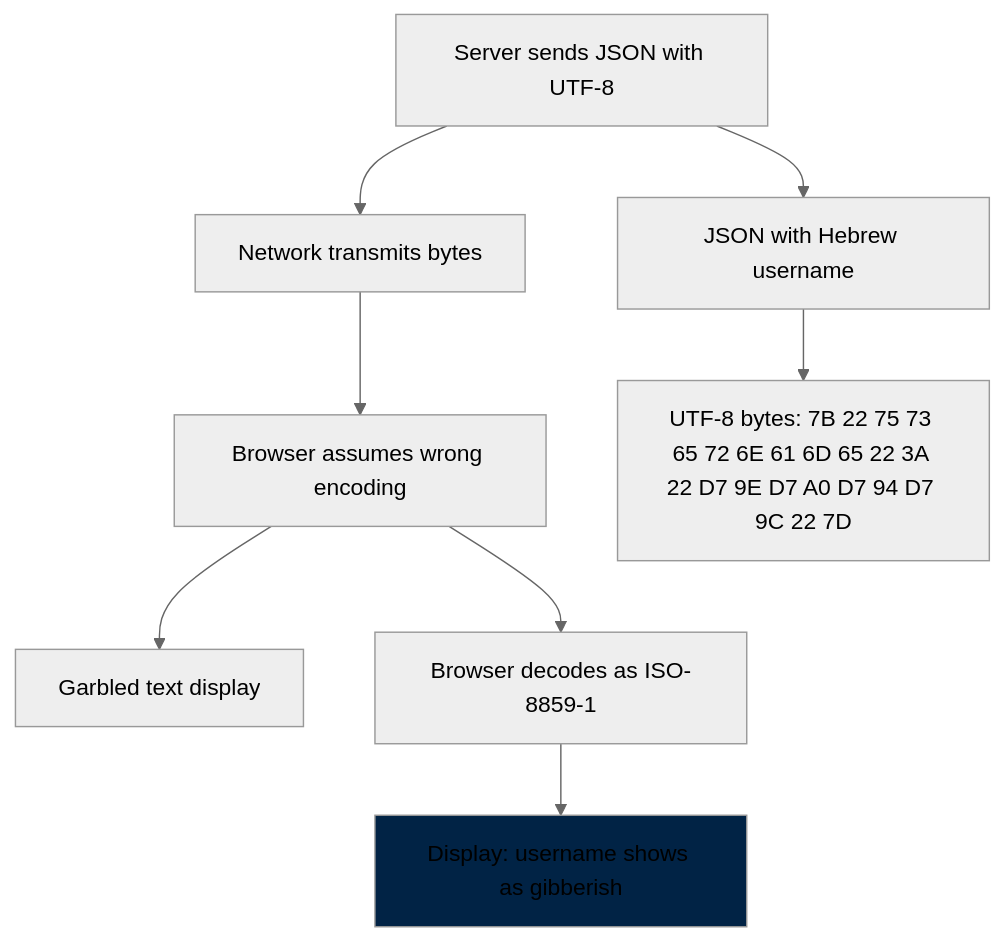
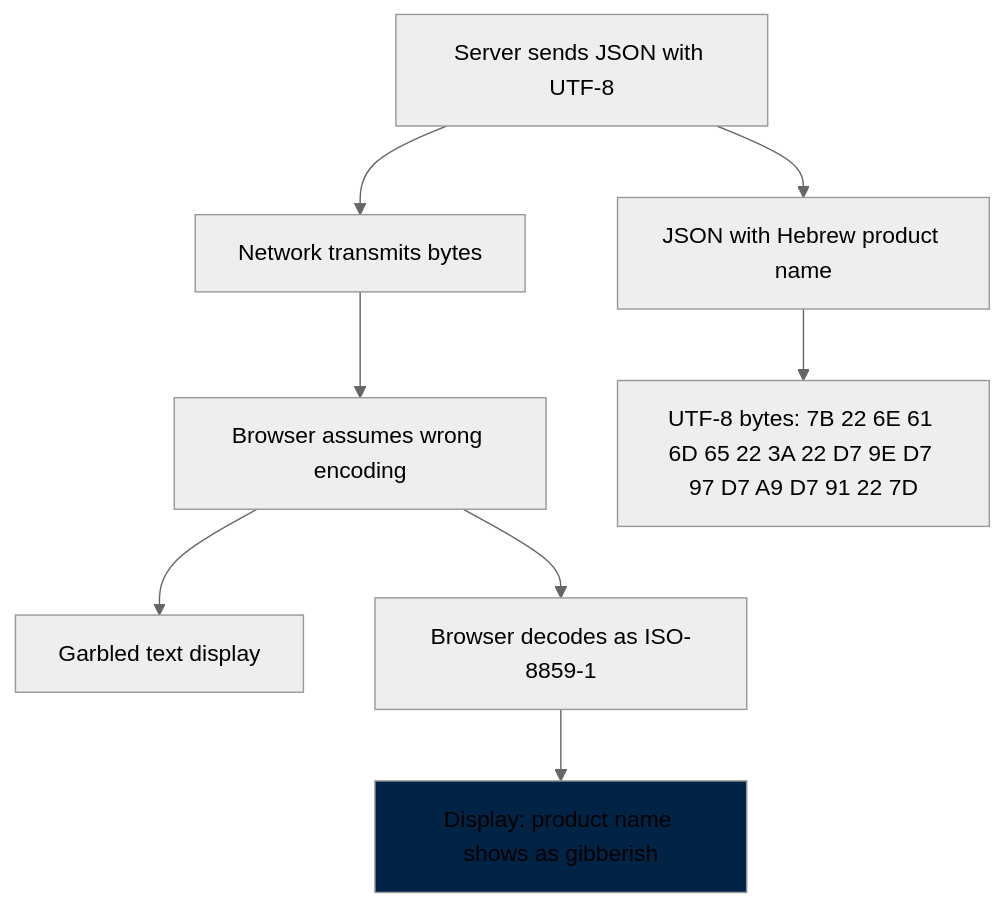
Before and after one commit to EliGuriel/Course_Meeting5: diagram 13 of 21 in מדריך מקיף - תקשורת רשת, HTTP ו-JSON.md, drawn with Mermaid (neutral theme). The commit also changed other lines of this file and 3 other files, not shown here.

````diff
--- a/מדריך מקיף - תקשורת רשת, HTTP ו-JSON.md
+++ b/מדריך מקיף - תקשורת רשת, HTTP ו-JSON.md
@@ -883,14 +928,14 @@
 ```mermaid
 graph TD
     A[Server sends JSON with UTF-8] --> B[Network transmits bytes]
     B --> C[Browser assumes wrong encoding]
     C --> D[Garbled text display]
 
-    A --> A1["JSON with Hebrew username"]
-    A1 --> A2["UTF-8 bytes: 7B 22 75 73 65 72 6E 61 6D 65 22 3A 22 D7 9E D7 A0 D7 94 D7 9C 22 7D"]
+    A --> A1["JSON with Hebrew product name"]
+    A1 --> A2["UTF-8 bytes: 7B 22 6E 61 6D 65 22 3A 22 D7 9E D7 97 D7 A9 D7 91 22 7D"]
 
     C --> C1[Browser decodes as ISO-8859-1]
-    C1 --> D1["Display: username shows as gibberish"]
+    C1 --> D1["Display: product name shows as gibberish"]
 
     style D1 fill:#012345
 ```
````
